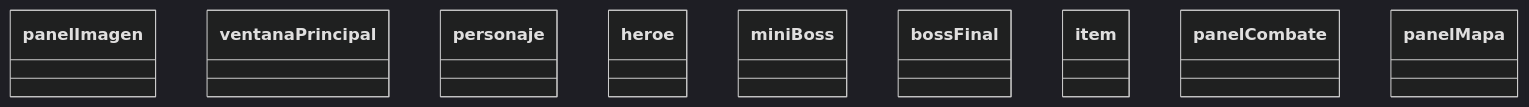
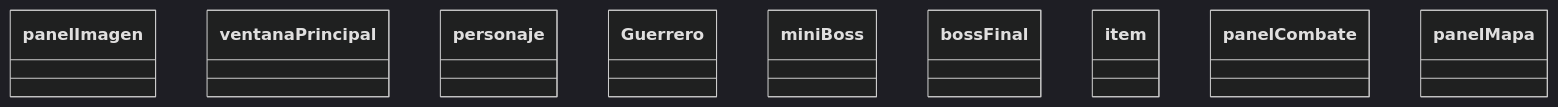
One commit to adribarrera/Videojuego-Java changed the diagram in README.md. Above: the diagram before and after it, drawn with Mermaid (dark theme).

````diff
--- a/README.md
+++ b/README.md
@@ -2,21 +2,21 @@
 ``` mermaid 
 classDiagram
     class panelImagen 
 
     class ventanaPrincipal
 
 
     class personaje
     
-    class heroe
+    class Guerrero
     
     class miniBoss
     
     class bossFinal
     
     class item
 
     class panelCombate
 
     class panelMapa
 ```
````
